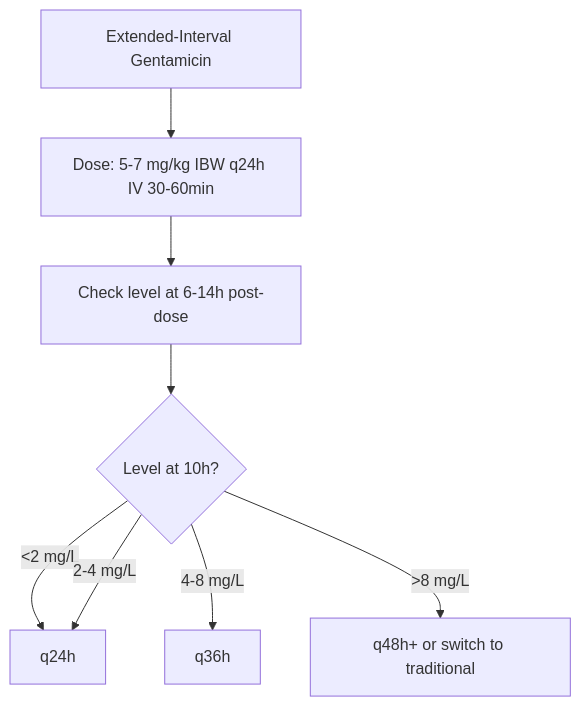
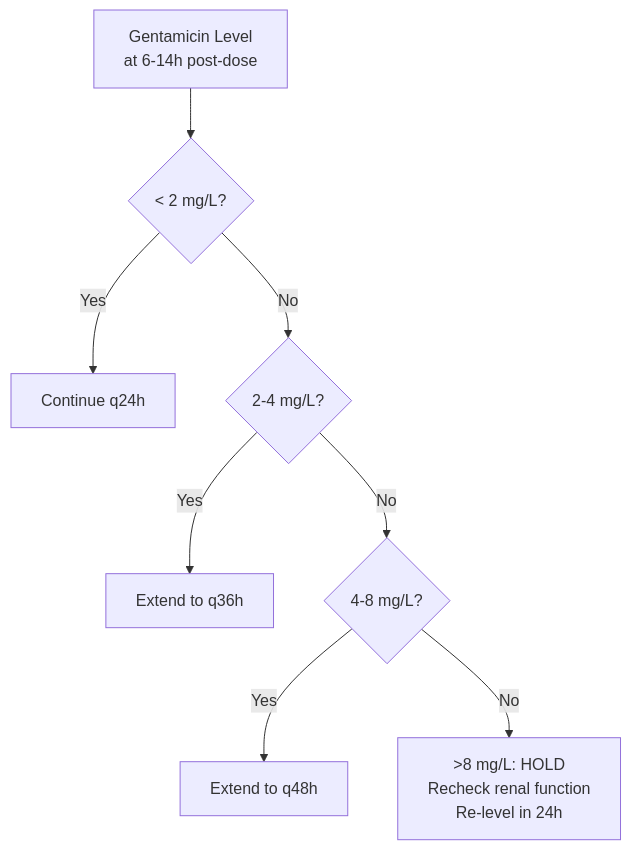
The second of 4 diagrams in chapters/2-clinical-therapeutics/diseases/2.5.01-aminoglycosides.md (SeaXen/MedSea), drawn with Mermaid before and after one commit. The commit also changed other lines of this file and 131 other files, not shown here.

````diff
--- a/chapters/2-clinical-therapeutics/diseases/2.5.01-aminoglycosides.md
+++ b/chapters/2-clinical-therapeutics/diseases/2.5.01-aminoglycosides.md
@@ -40,10 +100,10 @@
 ```mermaid
 flowchart TD
-    A[Extended-Interval Gentamicin] --> B[Dose: 5-7 mg/kg IBW q24h IV 30-60min]
-    B --> C[Check level at 6-14h post-dose]
-    C --> D{Level at 10h?}
-    D -->|<2 mg/L| E[q24h]
-    D -->|2-4 mg/L| E
-    D -->|4-8 mg/L| F[q36h]
-    D -->|>8 mg/L| G[q48h+ or switch to traditional]
+    A[Gentamicin Level<br>at 6-14h post-dose] --> B{< 2 mg/L?}
+    B -->|Yes| C[Continue q24h]
+    B -->|No| D{2-4 mg/L?}
+    D -->|Yes| E[Extend to q36h]
+    D -->|No| F{4-8 mg/L?}
+    F -->|Yes| G[Extend to q48h]
+    F -->|No| H[>8 mg/L: HOLD<br>Recheck renal function<br>Re-level in 24h]
 ```
````
